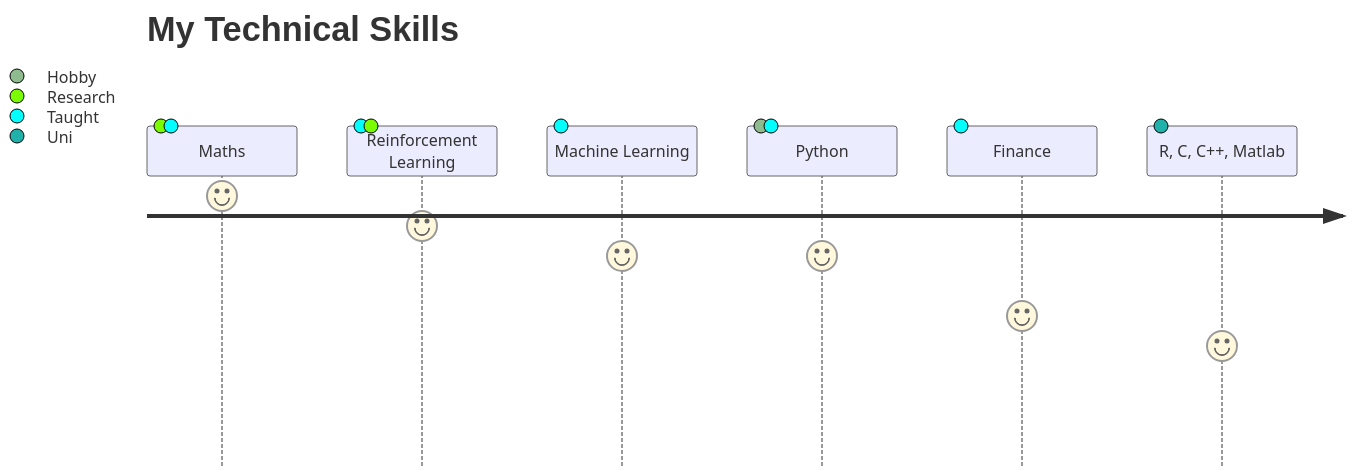
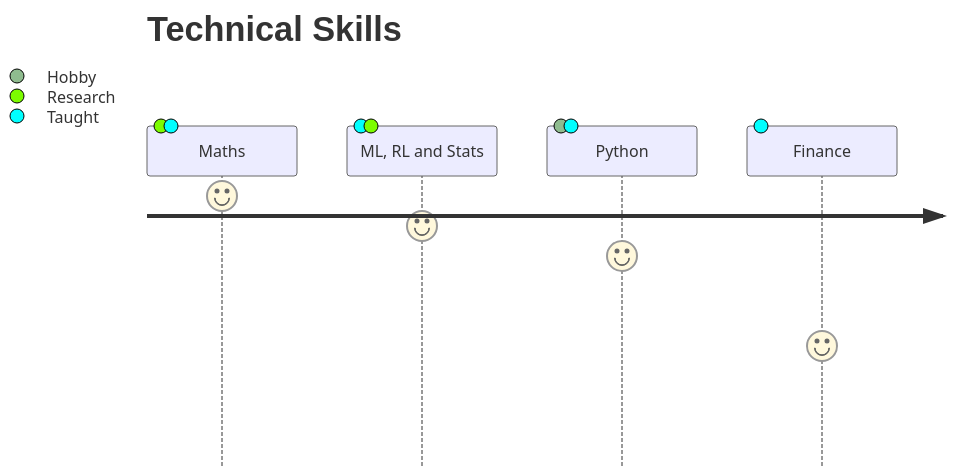
One commit to Conj34/Conj34.github.io changed the second of 2 diagrams in main_pages/curriculum.qmd. Above: the diagram before and after it, drawn with Mermaid. The commit also changed other lines of this file and 44 other files, not shown here.

````diff
--- a/main_pages/curriculum.qmd
+++ b/main_pages/curriculum.qmd
@@ -31,11 +54,8 @@
 ```{mermaid}
 journey
-    title My Technical Skills
+    title Technical Skills
       Maths: 9: Research, Taught
-      Reinforcement Learning: 8: Taught, Research
-      Machine Learning: 7: Taught
+      ML, RL and Stats: 8: Taught, Research
       Python: 7: Hobby, Taught
-      Finance: 5: Taught
-      R, C, C++, Matlab: 4: Uni
-      
+      Finance: 4: Taught
 ```
````
